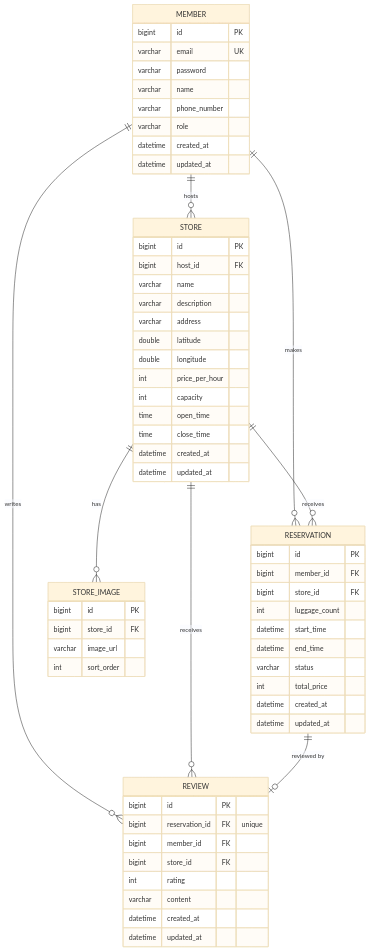
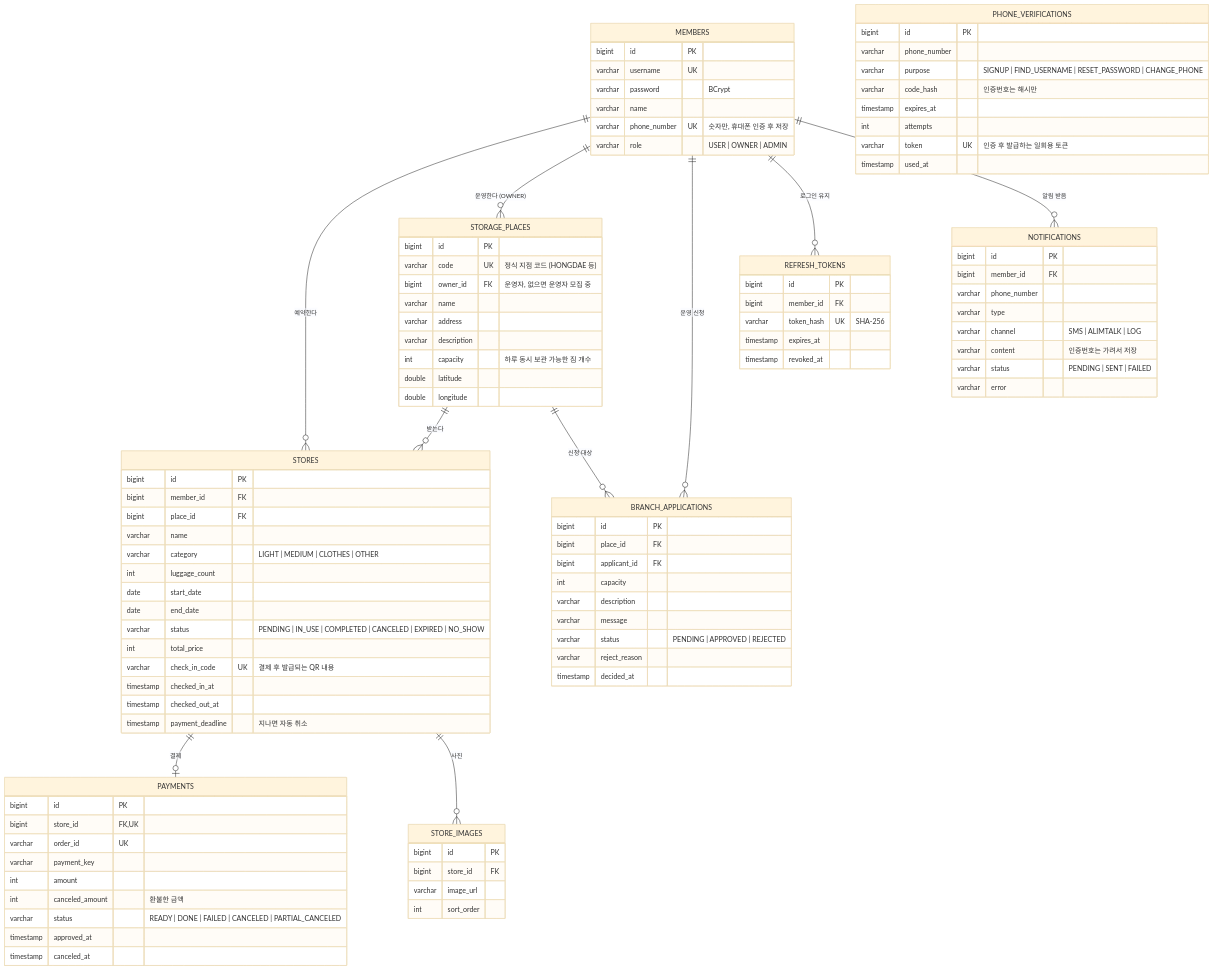
One commit to khj0317/StoreFit changed the diagram in docs/ERD.md. Above: the diagram before and after it, drawn with Mermaid (base theme). The commit also changed other lines of this file and 193 other files, not shown here.

First line of the commit message:
지점 운영자 모델, 휴대폰 인증, 문자 알림, 배포 설정으로 전면 개편

````diff
--- a/docs/ERD.md
+++ b/docs/ERD.md
@@ -3,68 +5,111 @@
 ```mermaid
 erDiagram
-    MEMBER ||--o{ STORE : hosts
-    MEMBER ||--o{ RESERVATION : makes
-    MEMBER ||--o{ REVIEW : writes
-    STORE ||--o{ STORE_IMAGE : has
-    STORE ||--o{ RESERVATION : receives
-    STORE ||--o{ REVIEW : receives
-    RESERVATION ||--o| REVIEW : "reviewed by"
+    MEMBERS ||--o{ STORES : "예약한다"
+    MEMBERS ||--o{ STORAGE_PLACES : "운영한다 (OWNER)"
+    MEMBERS ||--o{ BRANCH_APPLICATIONS : "운영 신청"
+    MEMBERS ||--o{ REFRESH_TOKENS : "로그인 유지"
+    MEMBERS ||--o{ NOTIFICATIONS : "알림 받음"
+    STORAGE_PLACES ||--o{ STORES : "받는다"
+    STORAGE_PLACES ||--o{ BRANCH_APPLICATIONS : "신청 대상"
+    STORES ||--o| PAYMENTS : "결제"
+    STORES ||--o{ STORE_IMAGES : "사진"
 
-    MEMBER {
+    MEMBERS {
         bigint id PK
-        varchar email UK
-        varchar password
+        varchar username UK
+        varchar password "BCrypt"
         varchar name
-        varchar phone_number
-        varchar role
-        datetime created_at
-        datetime updated_at
+        varchar phone_number UK "숫자만, 휴대폰 인증 후 저장"
+        varchar role "USER | OWNER | ADMIN"
     }
 
-    STORE {
+    STORAGE_PLACES {
         bigint id PK
-        bigint host_id FK
+        varchar code UK "정식 지점 코드 (HONGDAE 등)"
+        bigint owner_id FK "운영자, 없으면 운영자 모집 중"
         varchar name
+        varchar address
         varchar description
-        varchar address
+        int capacity "하루 동시 보관 가능한 짐 개수"
         double latitude
         double longitude
-        int price_per_hour
-        int capacity
-        time open_time
-        time close_time
-        datetime created_at
-        datetime updated_at
     }
 
-    STORE_IMAGE {
+    BRANCH_APPLICATIONS {
+        bigint id PK
+        bigint place_id FK
+        bigint applicant_id FK
+        int capacity
+        varchar description
+        varchar message
+        varchar status "PENDING | APPROVED | REJECTED"
+        varchar reject_reason
+        timestamp decided_at
+    }
+
+    STORES {
+        bigint id PK
+        bigint member_id FK
+        bigint place_id FK
+        varchar name
+        varchar category "LIGHT | MEDIUM | CLOTHES | OTHER"
+        int luggage_count
+        date start_date
+        date end_date
+        varchar status "PENDING | IN_USE | COMPLETED | CANCELED | EXPIRED | NO_SHOW"
+        int total_price
+        varchar check_in_code UK "결제 후 발급되는 QR 내용"
+        timestamp checked_in_at
+        timestamp checked_out_at
+        timestamp payment_deadline "지나면 자동 취소"
+    }
+
+    PAYMENTS {
+        bigint id PK
+        bigint store_id FK,UK
+        varchar order_id UK
+        varchar payment_key
+        int amount
+        int canceled_amount "환불한 금액"
+        varchar status "READY | DONE | FAILED | CANCELED | PARTIAL_CANCELED"
+        timestamp approved_at
+        timestamp canceled_at
+    }
+
+    STORE_IMAGES {
         bigint id PK
         bigint store_id FK
         varchar image_url
         int sort_order
     }
 
-    RESERVATION {
+    PHONE_VERIFICATIONS {
+        bigint id PK
+        varchar phone_number
+        varchar purpose "SIGNUP | FIND_USERNAME | RESET_PASSWORD | CHANGE_PHONE"
+        varchar code_hash "인증번호는 해시만"
+        timestamp expires_at
+        int attempts
+        varchar token UK "인증 후 발급하는 일회용 토큰"
+        timestamp used_at
+    }
+
+    REFRESH_TOKENS {
         bigint id PK
         bigint member_id FK
-        bigint store_id FK
-        int luggage_count
-        datetime start_time
-        datetime end_time
-        varchar status
-        int total_price
-        datetime created_at
-        datetime updated_at
+        varchar token_hash UK "SHA-256"
+        timestamp expires_at
+        timestamp revoked_at
     }
 
-    REVIEW {
+    NOTIFICATIONS {
         bigint id PK
-        bigint reservation_id FK "unique"
         bigint member_id FK
-        bigint store_id FK
-        int rating
-        varchar content
-        datetime created_at
-        datetime updated_at
+        varchar phone_number
+        varchar type
+        varchar channel "SMS | ALIMTALK | LOG"
+        varchar content "인증번호는 가려서 저장"
+        varchar status "PENDING | SENT | FAILED"
+        varchar error
     }
 ```
````
